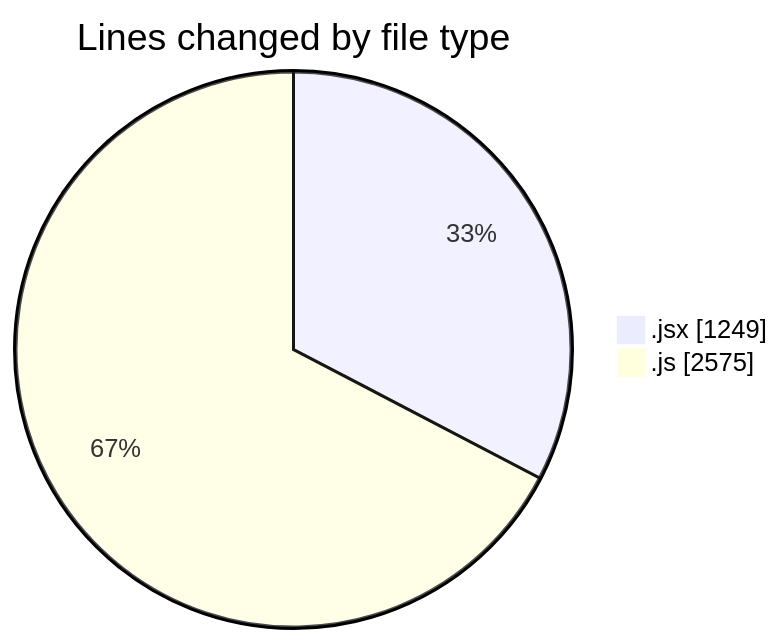
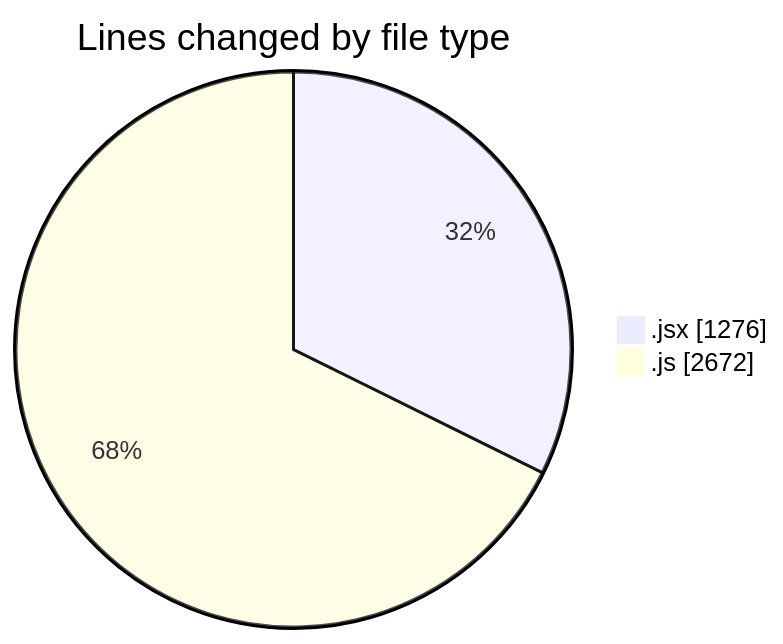
One commit to nxtqubesakshisongat/code-tracking changed the first of 2 diagrams in 2025-07-25/nxtqube_webapp/README.md. Above: the diagram before and after it, drawn with Mermaid. The commit also changed other lines of this file and 1 other file, not shown here.

````diff
--- a/2025-07-25/nxtqube_webapp/README.md
+++ b/2025-07-25/nxtqube_webapp/README.md
@@ -33,6 +33,6 @@
 ```mermaid
 pie showData
 title Lines changed by file type
-".jsx" : 1249
-".js" : 2575
+".jsx" : 1276
+".js" : 2672
 ```
````
